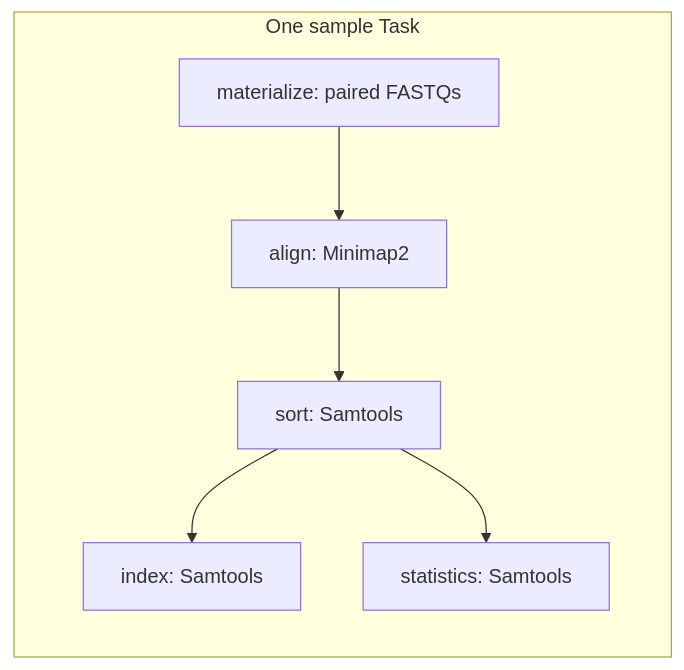
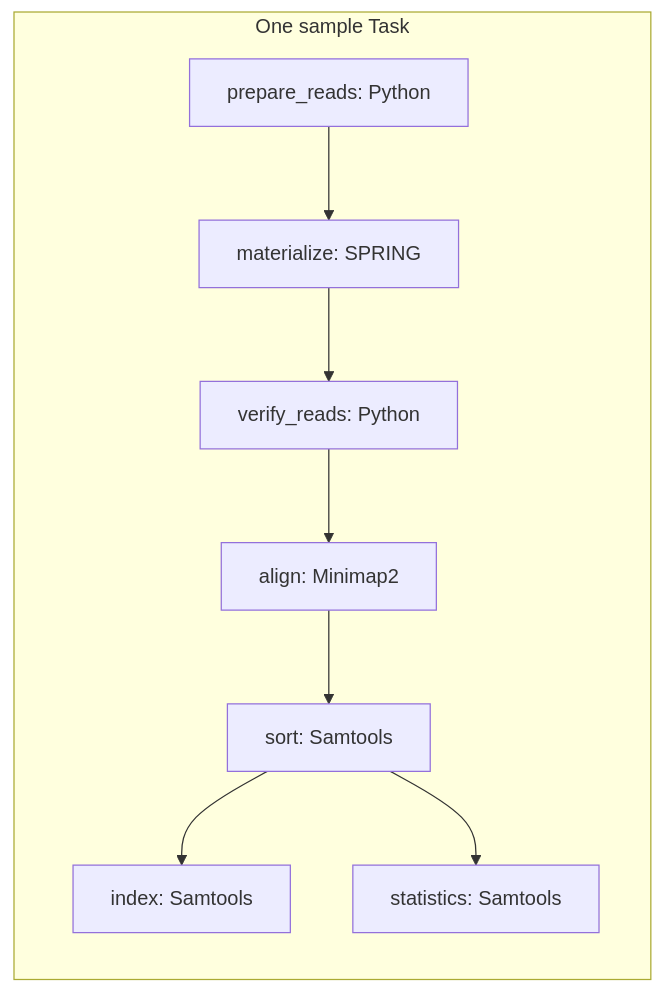
Before and after one commit to MOMA-AUH/gwflow: the first of 2 diagrams in example/README.md, drawn with Mermaid. The commit also changed other lines of this file and 5 other files, not shown here.

````diff
--- a/example/README.md
+++ b/example/README.md
@@ -18,9 +18,11 @@
 ```mermaid
 flowchart LR
     subgraph sample[One sample Task]
-        M[materialize: paired FASTQs] --> A
+        P[prepare_reads: Python] --> M[materialize: SPRING]
+        M --> V[verify_reads: Python]
+        V --> A
         A[align: Minimap2] --> B[sort: Samtools]
         B --> C[index: Samtools]
         B --> D[statistics: Samtools]
     end
 ```
````
